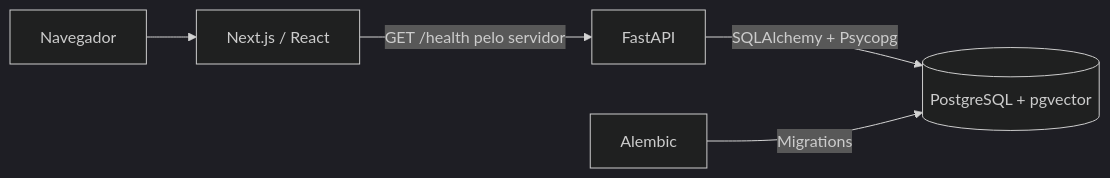
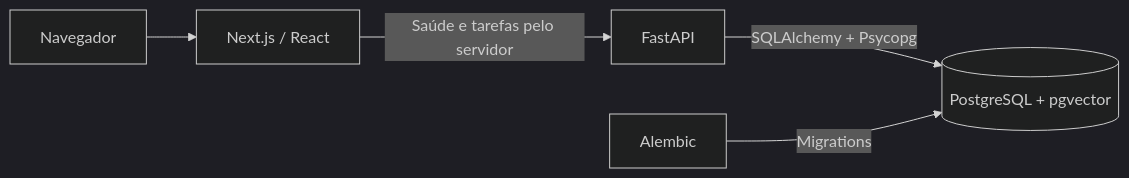
Before and after one commit to Lira-rev0/projeto-athenas: the diagram in README.md, drawn with Mermaid (dark theme). The commit also changed other lines of this file and 24 other files, not shown here.

````diff
--- a/README.md
+++ b/README.md
@@ -19,7 +19,7 @@
 ```mermaid
 flowchart LR
     Browser[Navegador] --> Frontend[Next.js / React]
-    Frontend -->|GET /health pelo servidor| Backend[FastAPI]
+    Frontend -->|Saúde e tarefas pelo servidor| Backend[FastAPI]
     Backend -->|SQLAlchemy + Psycopg| Database[(PostgreSQL + pgvector)]
     Alembic[Alembic] -->|Migrations| Database
 ```
````
